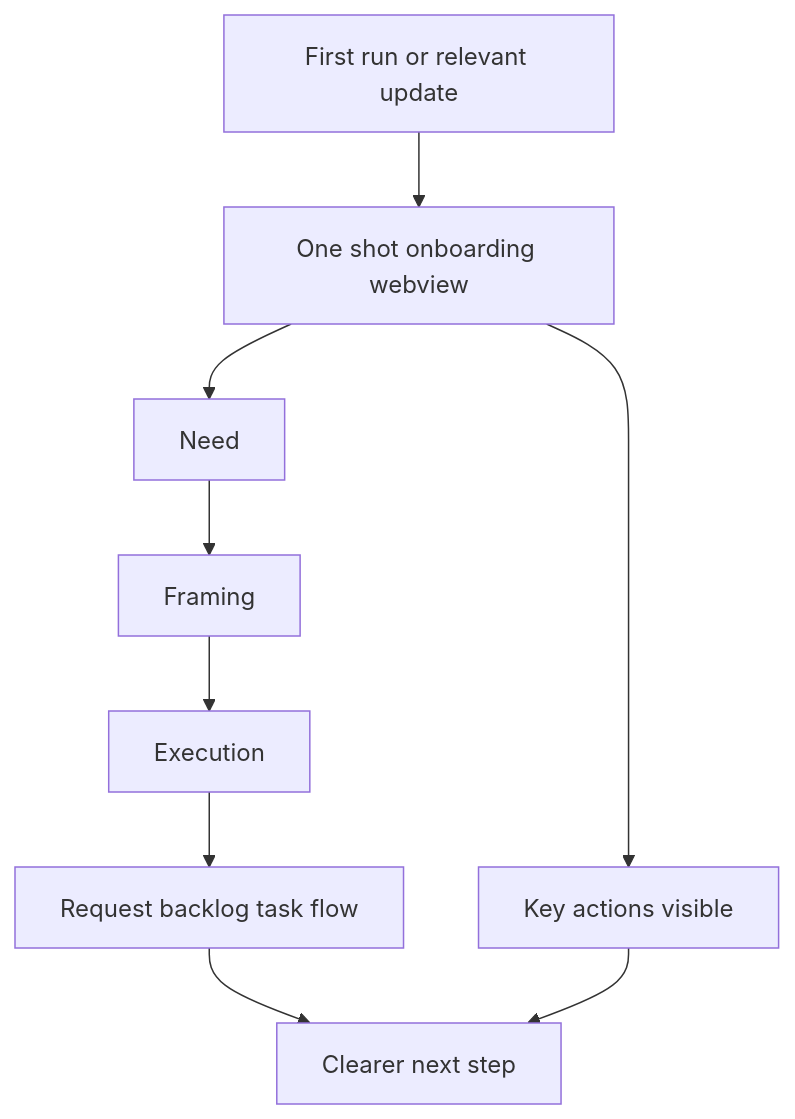
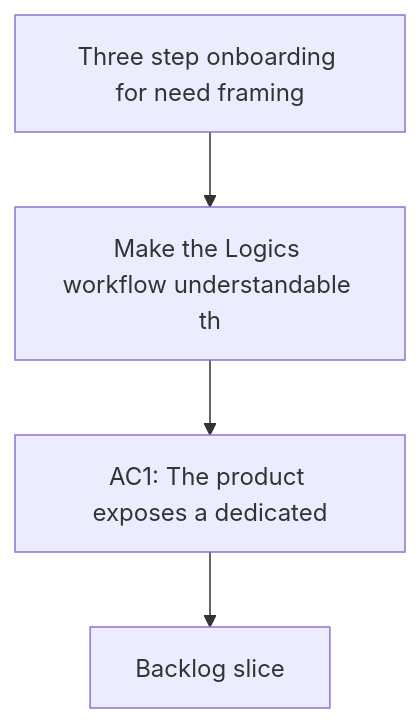
The diagram in logics/request/req_119_three_step_onboarding_for_need_framing_and_execution.md (AlexAgo83/logics-manager), drawn with Mermaid before and after one commit. The commit also changed 481 other files, not shown here.

Commit message:
Normalize Logics docs and workflow indicators

````diff
--- a/logics/request/req_119_three_step_onboarding_for_need_framing_and_execution.md
+++ b/logics/request/req_119_three_step_onboarding_for_need_framing_and_execution.md
@@ -30,13 +30,8 @@
 ```mermaid
 %% logics-kind: request
 %% logics-signature: request|three-step-onboarding-for-need-framing-a|make-the-logics-workflow-understandable-|ac1-the-product-exposes-a-dedicated
 flowchart TD
-    Launch[First run or relevant update] --> Onboarding[One shot onboarding webview]
-    Onboarding --> Need[Need]
-    Need --> Framing[Framing]
-    Framing --> Execution[Execution]
-    Execution --> Internal[Request backlog task flow]
-    Onboarding --> Actions[Key actions visible]
-    Internal --> Outcome[Clearer next step]
-    Actions --> Outcome
+    Trigger[Three step onboarding for need framing] --> Need[Make the Logics workflow understandable th]
+    Need --> Outcome[AC1: The product exposes a dedicated]
+    Outcome --> Backlog[Backlog slice]
 ```
````
